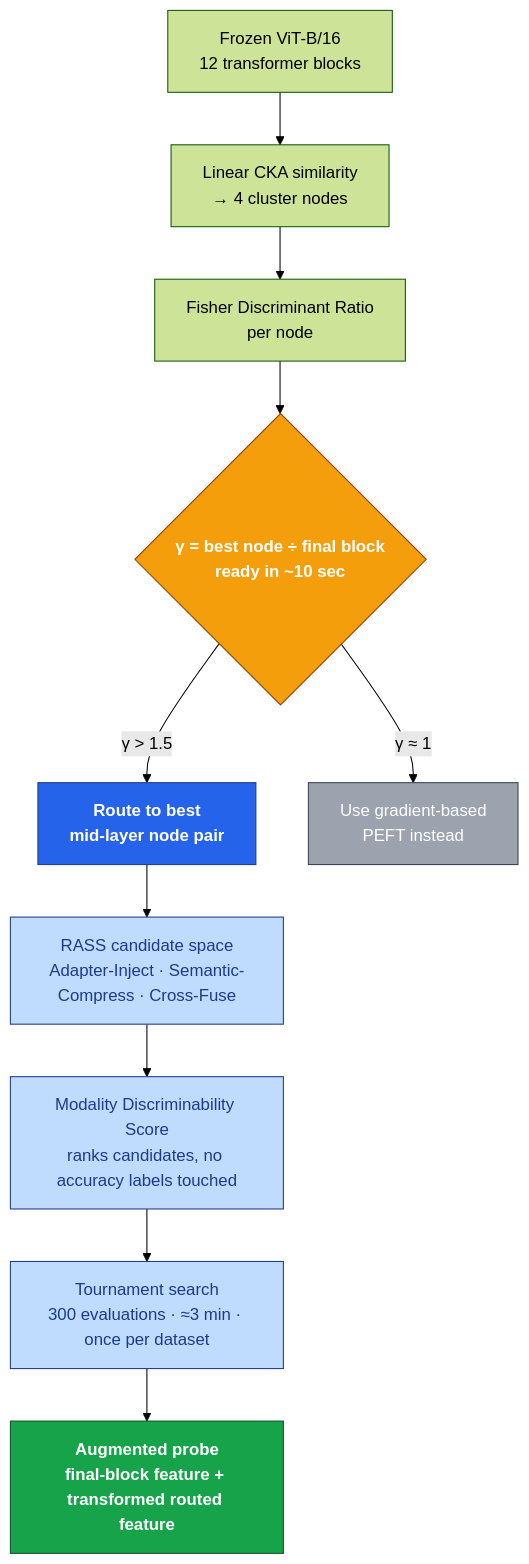
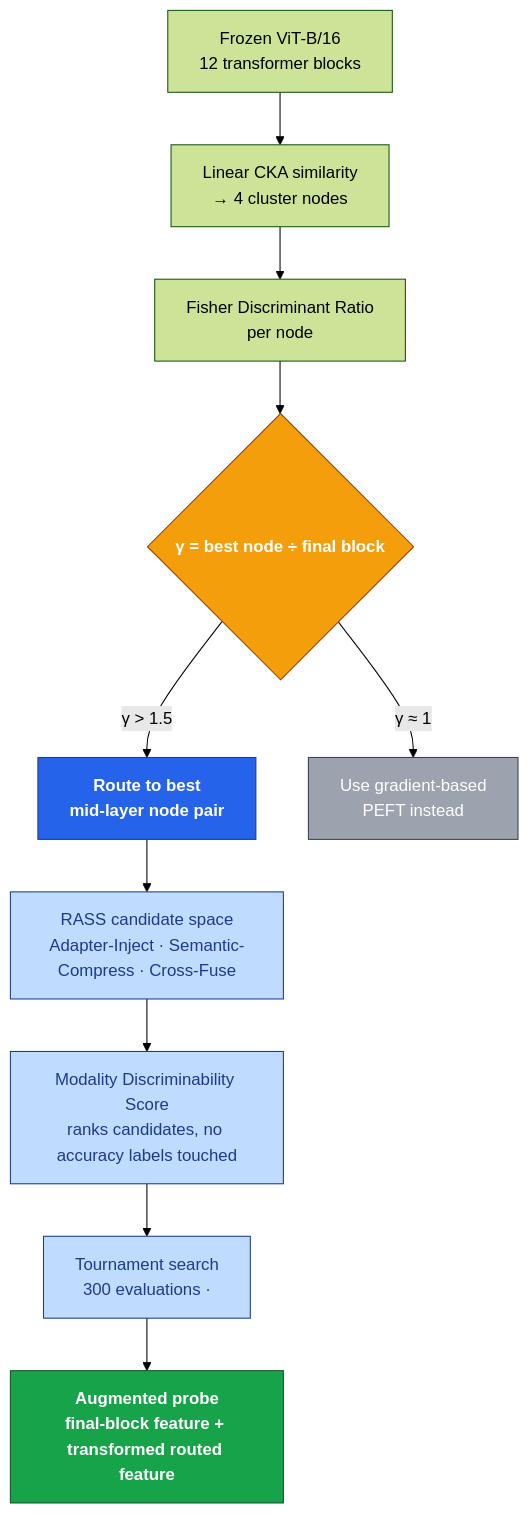
One commit to meherabb/meherab changed the diagram in README.md. Above: the diagram before and after it, drawn with Mermaid (forest theme).

````diff
--- a/README.md
+++ b/README.md
@@ -25,24 +25,24 @@
 ```mermaid
 flowchart TD
     A["Frozen ViT-B/16<br/>12 transformer blocks"] --> B["Linear CKA similarity<br/>→ 4 cluster nodes"]
     B --> C["Fisher Discriminant Ratio<br/>per node"]
-    C --> D{"γ = best node ÷ final block<br/>ready in ~10 sec"}
+    C --> D{"γ = best node ÷ final block<br/>"}
     D -->|"γ > 1.5"| E["Route to best<br/>mid-layer node pair"]
     D -->|"γ ≈ 1"| Z["Use gradient-based<br/>PEFT instead"]
     E --> F["RASS candidate space<br/>Adapter-Inject · Semantic-Compress · Cross-Fuse"]
     F --> G["Modality Discriminability Score<br/>ranks candidates, no accuracy labels touched"]
-    G --> H["Tournament search<br/>300 evaluations · ≈3 min · once per dataset"]
+    G --> H["Tournament search<br/>300 evaluations · "]
     H --> I["Augmented probe<br/>final-block feature + transformed routed feature"]
 
     classDef routing fill:#2563eb,stroke:#1e3a8a,color:#ffffff,font-weight:bold
     classDef refine fill:#bfdbfe,stroke:#1e3a8a,color:#1e3a8a
     classDef decision fill:#f59e0b,stroke:#92400e,color:#ffffff,font-weight:bold
     classDef alt fill:#9ca3af,stroke:#374151,color:#ffffff
     classDef result fill:#16a34a,stroke:#14532d,color:#ffffff,font-weight:bold
 
     class E routing
     class F,G,H refine
     class D decision
     class Z alt
     class I result
 ```
````
